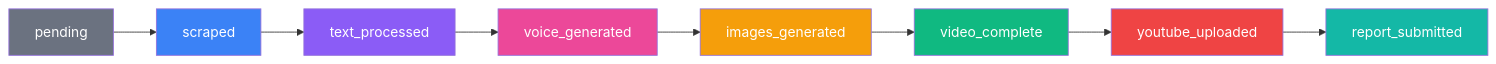
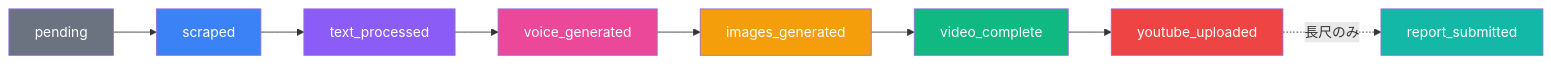
Before and after one commit to kanade0525/kaidan-video-generator: the second of 4 diagrams in README.md, drawn with Mermaid. The commit also changed other lines of this file and 9 other files, not shown here.

````diff
--- a/README.md
+++ b/README.md
@@ -71,19 +88,19 @@
 ```mermaid
 flowchart LR
     A[pending] --> B[scraped]
     B --> C[text_processed]
     C --> D[voice_generated]
     D --> E[images_generated]
     E --> F[video_complete]
     F --> G[youtube_uploaded]
-    G --> H[report_submitted]
+    G -.長尺のみ.-> H[report_submitted]
 
     style A fill:#6b7280,color:#fff
     style B fill:#3b82f6,color:#fff
     style C fill:#8b5cf6,color:#fff
     style D fill:#ec4899,color:#fff
     style E fill:#f59e0b,color:#fff
     style F fill:#10b981,color:#fff
     style G fill:#ef4444,color:#fff
     style H fill:#14b8a6,color:#fff
 ```
````
